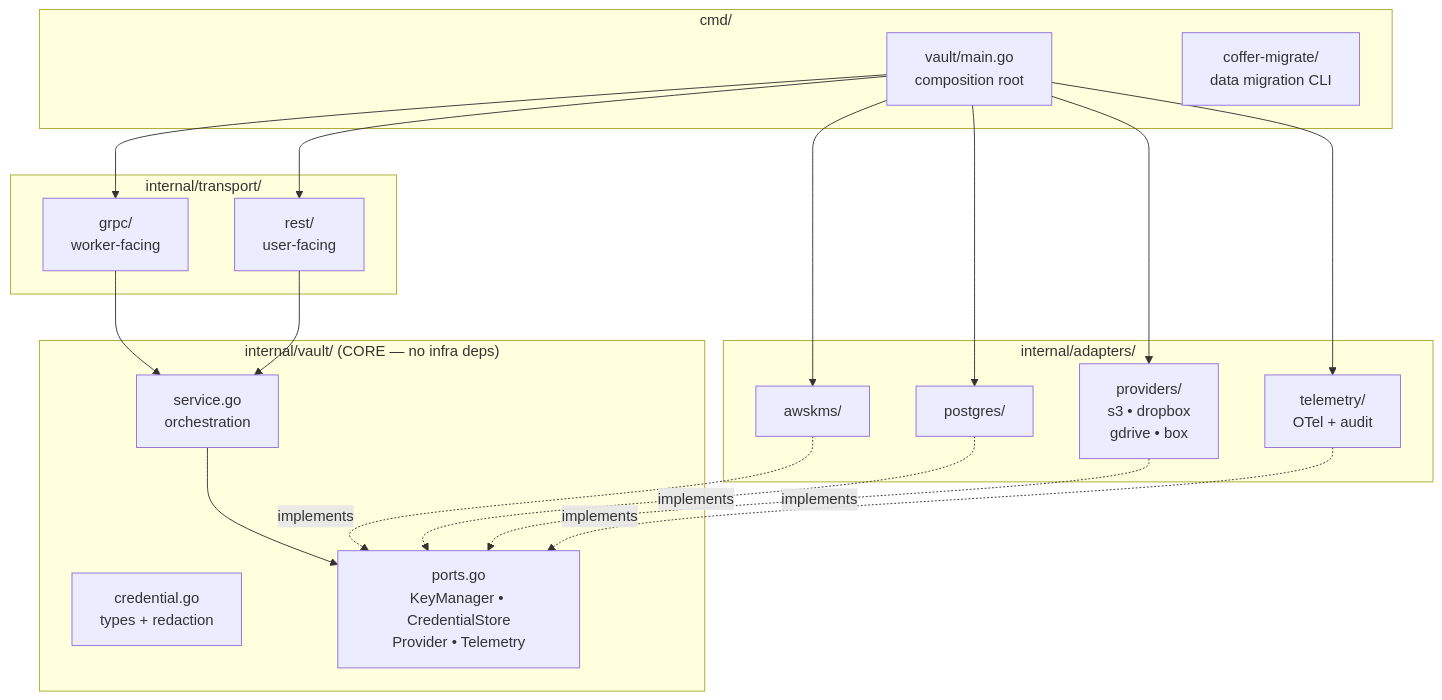
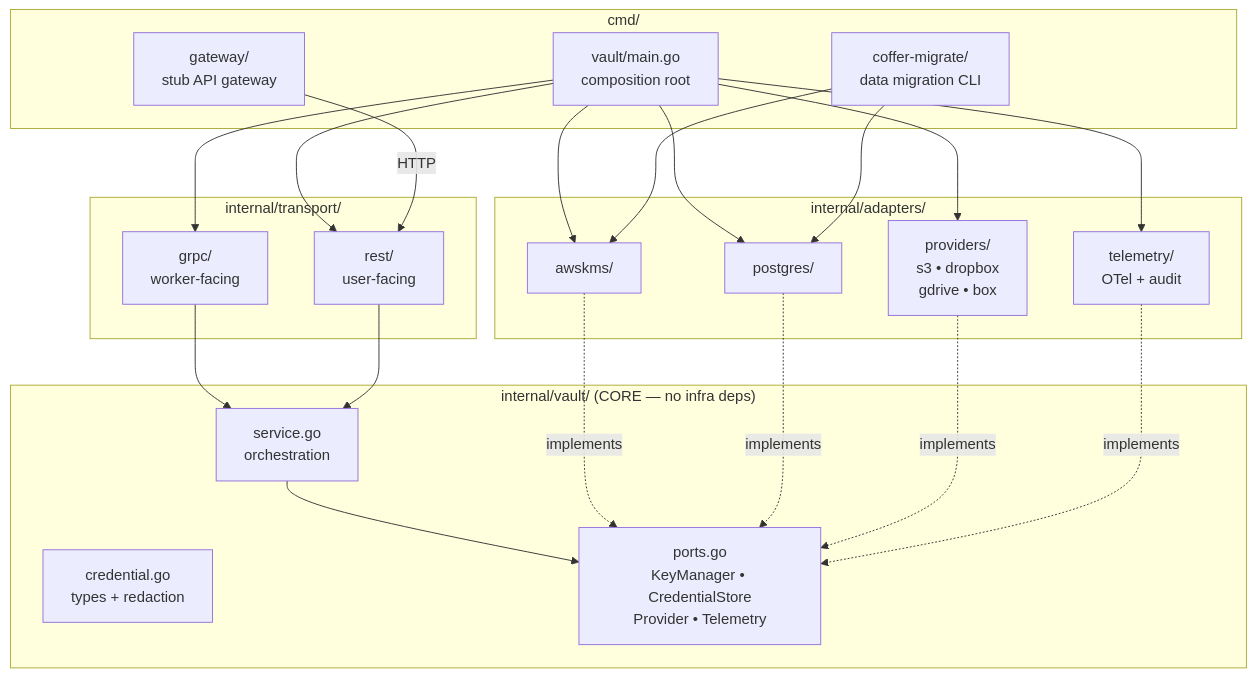
The fourth of 4 diagrams in README.md (tumultousRamen/coffer), drawn with Mermaid before and after one commit. The commit also changed other lines of this file and 18 other files, not shown here.

````diff
--- a/README.md
+++ b/README.md
@@ -118,41 +124,47 @@
 ```mermaid
 flowchart TB
     subgraph cmd["cmd/"]
         Main["vault/main.go<br/>composition root"]
+        Gw["gateway/<br/>stub API gateway"]
         Migrate["coffer-migrate/<br/>data migration CLI"]
     end
 
     subgraph transport["internal/transport/"]
         Grpc["grpc/<br/>worker-facing"]
         Rest["rest/<br/>user-facing"]
     end
 
     subgraph core["internal/vault/  (CORE — no infra deps)"]
         Service["service.go<br/>orchestration"]
         Types["credential.go<br/>types + redaction"]
         Ports["ports.go<br/>KeyManager • CredentialStore<br/>Provider • Telemetry"]
     end
 
     subgraph adapters["internal/adapters/"]
         AWS["awskms/"]
         PG["postgres/"]
         Providers["providers/<br/>s3 • dropbox<br/>gdrive • box"]
         Tel["telemetry/<br/>OTel + audit"]
     end
 
     Main --> Grpc
     Main --> Rest
     Main --> AWS
     Main --> PG
     Main --> Providers
     Main --> Tel
 
+    Gw -->|HTTP| Rest
+
+    Migrate --> AWS
+    Migrate --> PG
+
     Grpc --> Service
     Rest --> Service
     Service --> Ports
 
     AWS -.implements.-> Ports
     PG -.implements.-> Ports
     Providers -.implements.-> Ports
     Tel -.implements.-> Ports
 ```
````
